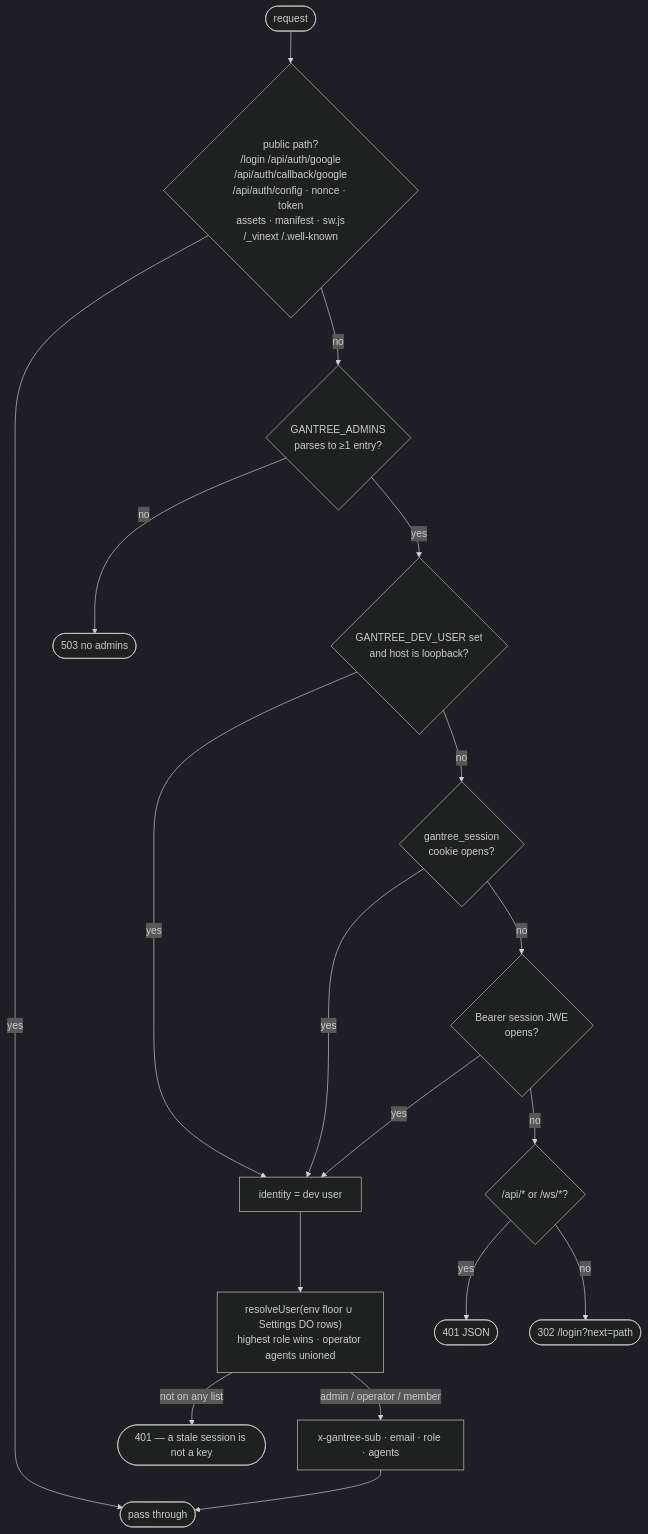
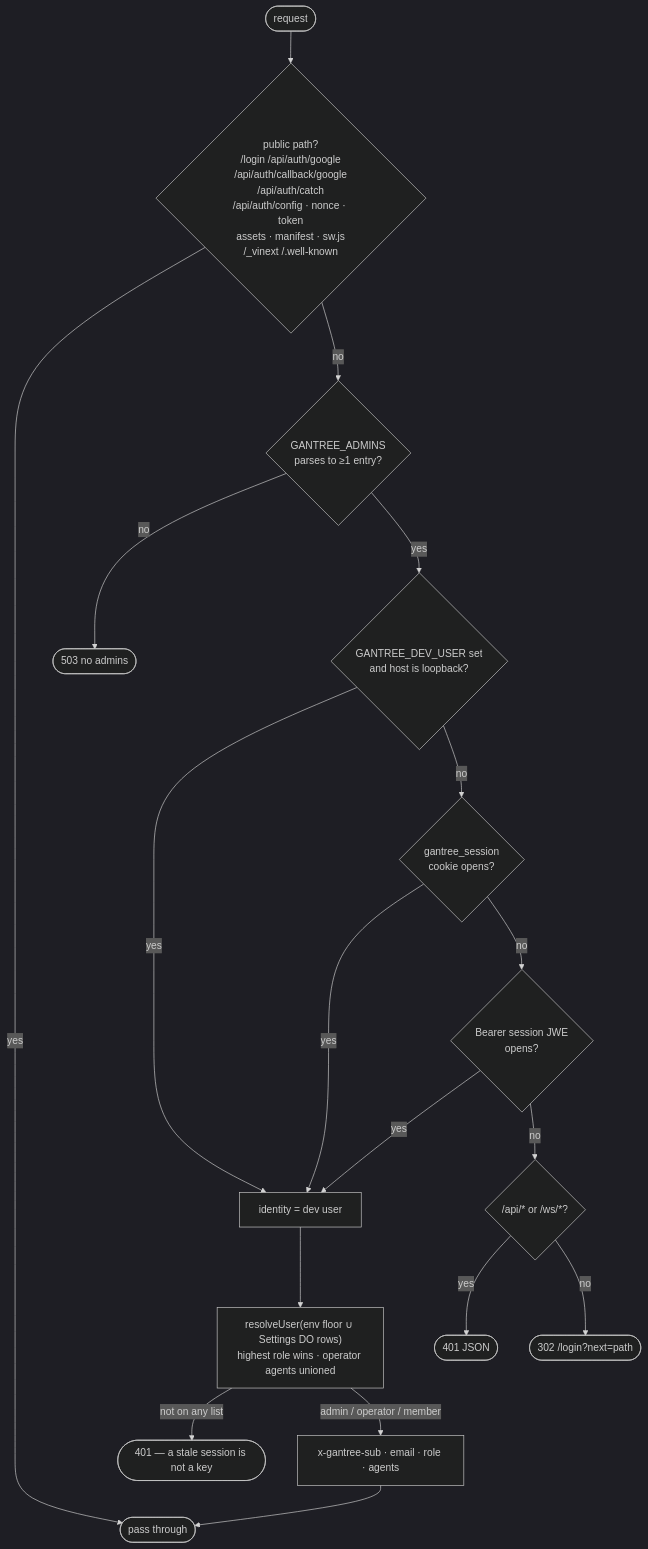
One commit to shotah/gantree2 changed the third of 14 diagrams in docs/architecture.md. Above: the diagram before and after it, drawn with Mermaid (dark theme). The commit also changed other lines of this file and 1526 other files, not shown here.

````diff
--- a/docs/architecture.md
+++ b/docs/architecture.md
@@ -124,20 +158,20 @@
 ```mermaid
 flowchart TD
-  R([request]) --> PUB{public path?<br/>/login /api/auth/google<br/>/api/auth/callback/google<br/>/api/auth/config · nonce · token<br/>assets · manifest · sw.js<br/>/_vinext /.well-known}
+  R([request]) --> PUB{public path?<br/>/login /api/auth/google<br/>/api/auth/callback/google<br/>/api/auth/catch<br/>/api/auth/config · nonce · token<br/>assets · manifest · sw.js<br/>/_vinext /.well-known}
   PUB -- yes --> PASS([pass through])
   PUB -- no --> ADM{GANTREE_ADMINS<br/>parses to ≥1 entry?}
   ADM -- no --> E503([503 no admins])
   ADM -- yes --> DEV{GANTREE_DEV_USER set<br/>and host is loopback?}
   DEV -- yes --> ID[identity = dev user]
   DEV -- no --> CK{gantree_session<br/>cookie opens?}
   CK -- yes --> ID
   CK -- no --> BR{Bearer session JWE<br/>opens?}
   BR -- yes --> ID
   BR -- no --> API{"/api/* or /ws/*?"}
   API -- yes --> E401a([401 JSON])
   API -- no --> LOGIN([302 /login?next=path])
   ID --> RES["resolveUser(env floor ∪ Settings DO rows)<br/>highest role wins · operator agents unioned"]
   RES -- not on any list --> E401b([401 — a stale session is not a key])
   RES -- admin / operator / member --> HDR["x-gantree-sub · email · role · agents"]
   HDR --> PASS
 ```
````
